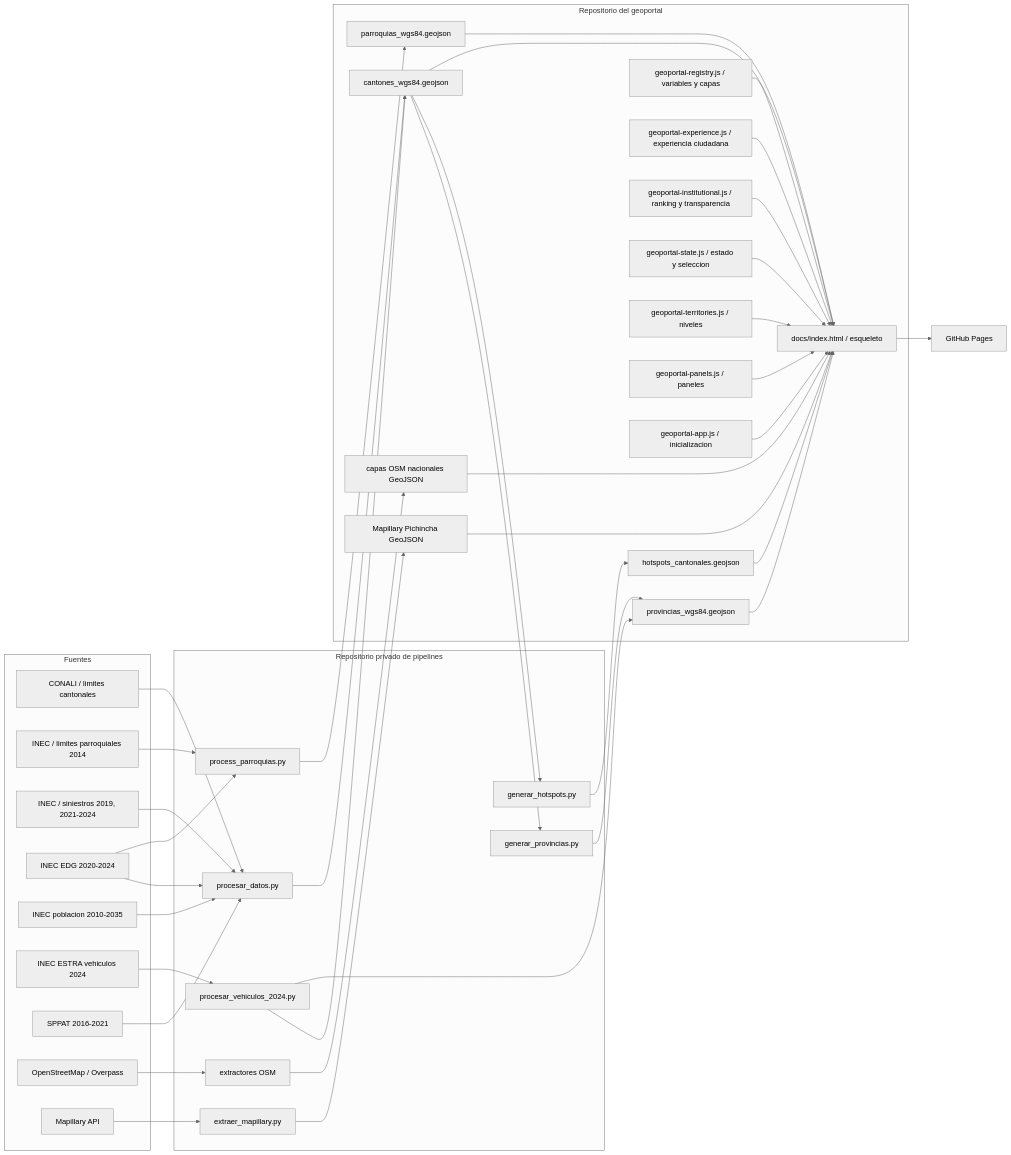
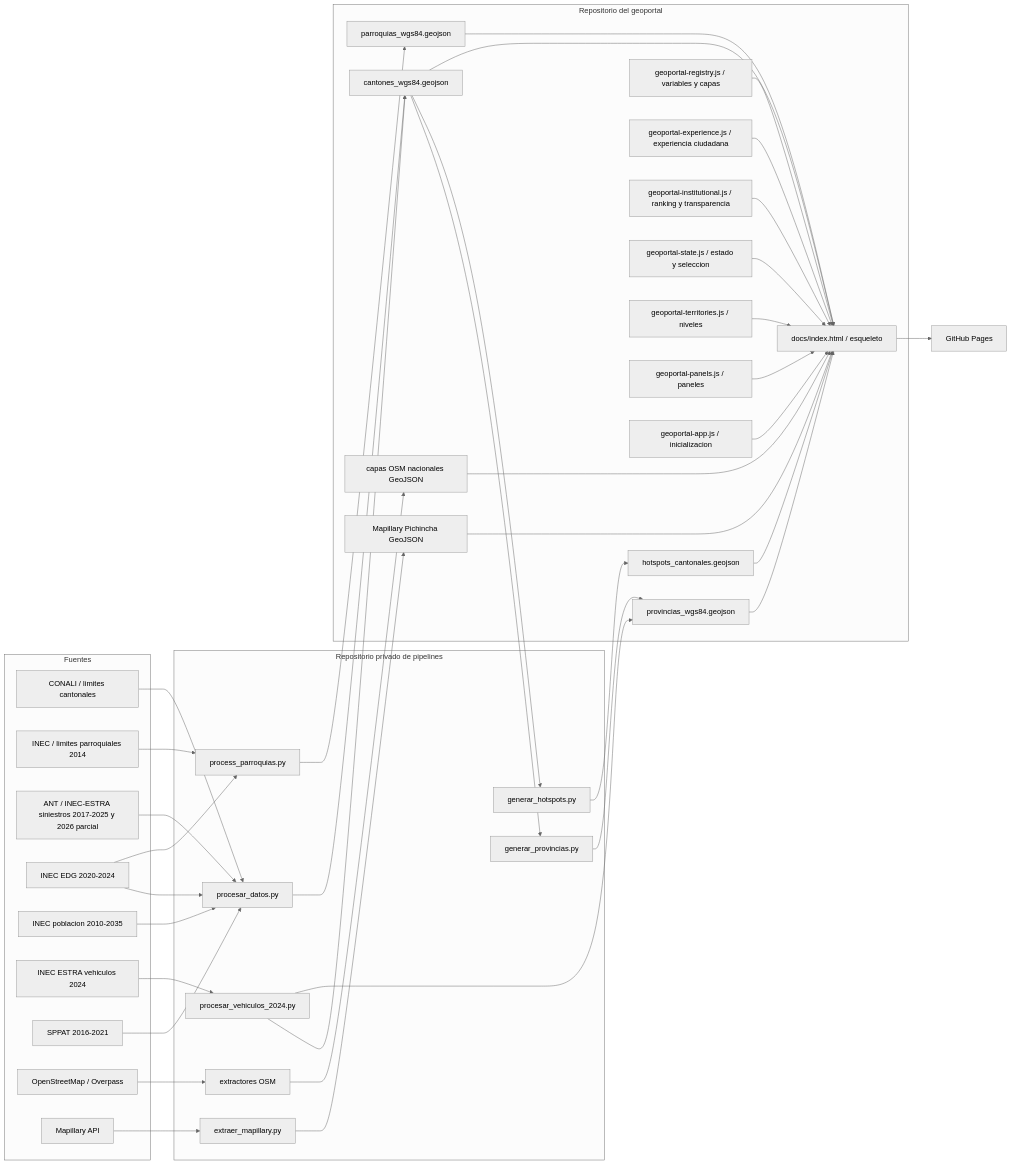
The diagram in documentacion/ARQUITECTURA.md (fundacionredsa/redsa-observatorio-seguridad-vial), drawn with Mermaid (neutral theme) before and after one commit. The commit also changed other lines of this file and 44 other files, not shown here.

Commit message:
feat: ampliar serie territorial ANT e INEC hasta 2026

````diff
--- a/documentacion/ARQUITECTURA.md
+++ b/documentacion/ARQUITECTURA.md
@@ -5,66 +5,66 @@
 ```mermaid
 flowchart LR
   subgraph F[Fuentes]
     CONALI[CONALI / limites cantonales]
     INECP[INEC / limites parroquiales 2014]
-    SIN[INEC / siniestros 2019, 2021-2024]
+    SIN[ANT / INEC-ESTRA siniestros 2017-2025 y 2026 parcial]
     EDG[INEC EDG 2020-2024]
     POP[INEC poblacion 2010-2035]
     VEH[INEC ESTRA vehiculos 2024]
     SPPAT[SPPAT 2016-2021]
     OSM[OpenStreetMap / Overpass]
     MAP[Mapillary API]
   end
   subgraph P[Repositorio privado de pipelines]
     BASE[procesar_datos.py]
     PAR[process_parroquias.py]
     PROV[generar_provincias.py]
     HOT[generar_hotspots.py]
     V[procesar_vehiculos_2024.py]
     O[extractores OSM]
     M[extraer_mapillary.py]
   end
   subgraph D[Repositorio del geoportal]
     CANT[cantones_wgs84.geojson]
     PARR[parroquias_wgs84.geojson]
     PROVG[provincias_wgs84.geojson]
     HOTG[hotspots_cantonales.geojson]
     OSMG[capas OSM nacionales GeoJSON]
     MAPG[Mapillary Pichincha GeoJSON]
     WEB[docs/index.html / esqueleto]
     REG[geoportal-registry.js / variables y capas]
     UX[geoportal-experience.js / experiencia ciudadana]
     INST[geoportal-institutional.js / ranking y transparencia]
     STATE[geoportal-state.js / estado y seleccion]
     TERR[geoportal-territories.js / niveles]
     PAN[geoportal-panels.js / paneles]
     APP[geoportal-app.js / inicializacion]
   end
   CONALI --> BASE --> CANT
   SIN --> BASE
   EDG --> BASE
   POP --> BASE
   SPPAT --> BASE
   INECP --> PAR --> PARR
   EDG --> PAR
   CANT --> PROV --> PROVG
   CANT --> HOT --> HOTG
   VEH --> V --> CANT
   V --> PROVG
   OSM --> O --> OSMG
   MAP --> M --> MAPG
   CANT --> WEB
   PARR --> WEB
   PROVG --> WEB
   HOTG --> WEB
   OSMG --> WEB
   MAPG --> WEB
   REG --> WEB
   UX --> WEB
   INST --> WEB
   STATE --> WEB
   TERR --> WEB
   PAN --> WEB
   APP --> WEB
   WEB --> PAGES[GitHub Pages]
 ```
````
